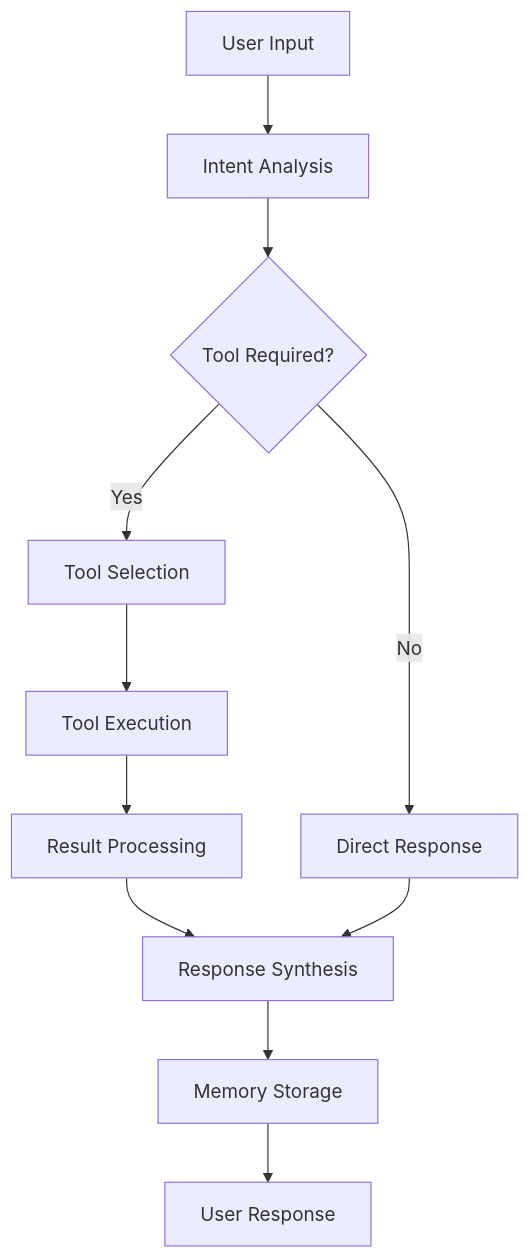
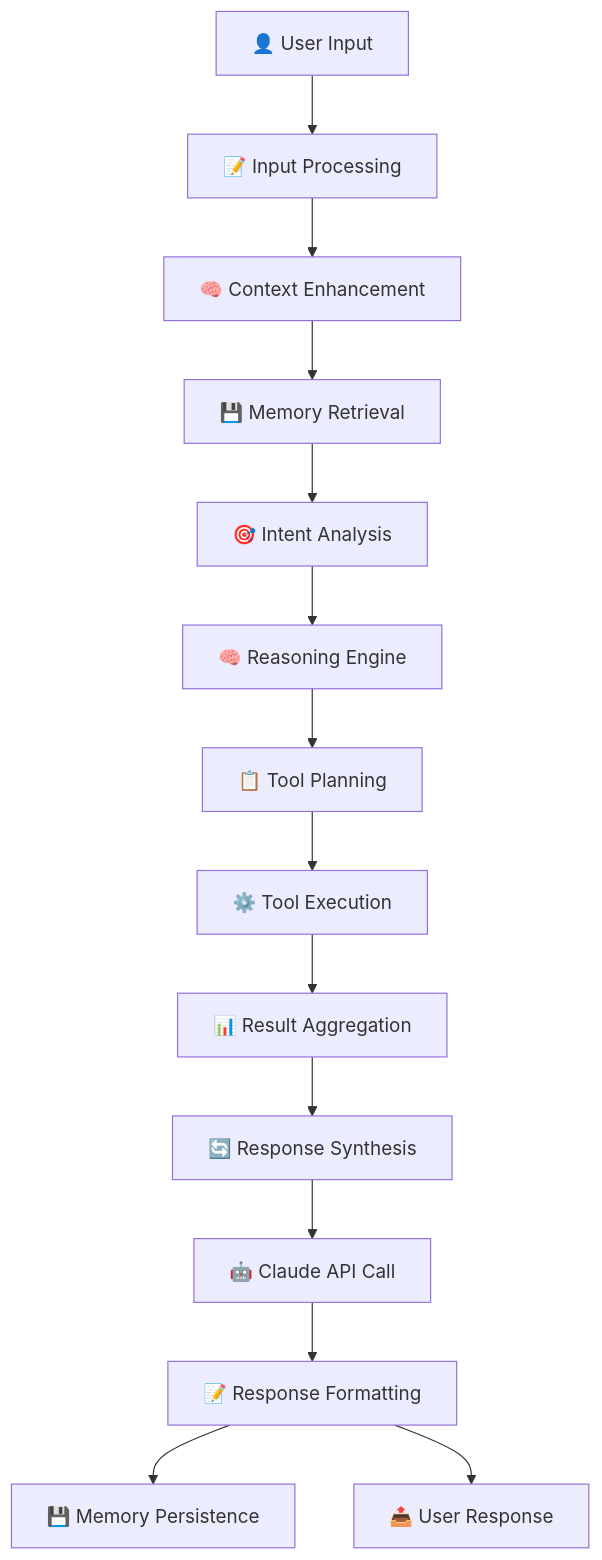
The first of 4 diagrams in docs/ARCHITECTURE.md (rajpraba1986/intelligent-agents-collection), drawn with Mermaid before and after one commit. The commit also changed other lines of this file and 1 other file, not shown here.

````diff
--- a/docs/ARCHITECTURE.md
+++ b/docs/ARCHITECTURE.md
@@ -32,13 +11,16 @@
 ```mermaid
 graph TD
-    A[User Input] --> B[Intent Analysis]
-    B --> C{Tool Required?}
-    C -->|Yes| D[Tool Selection]
-    C -->|No| E[Direct Response]
-    D --> F[Tool Execution]
-    F --> G[Result Processing]
-    G --> H[Response Synthesis]
-    E --> H
-    H --> I[Memory Storage]
-    I --> J[User Response]
+    A[👤 User Input] --> B[📝 Input Processing]
+    B --> C[🧠 Context Enhancement]
+    C --> D[💾 Memory Retrieval]
+    D --> E[🎯 Intent Analysis]
+    E --> F[🧠 Reasoning Engine]
+    F --> G[📋 Tool Planning]
+    G --> H[⚙️ Tool Execution]
+    H --> I[📊 Result Aggregation]
+    I --> J[🔄 Response Synthesis]
+    J --> K[🤖 Claude API Call]
+    K --> L[📝 Response Formatting]
+    L --> M[💾 Memory Persistence]
+    L --> N[📤 User Response]
 ```
````
